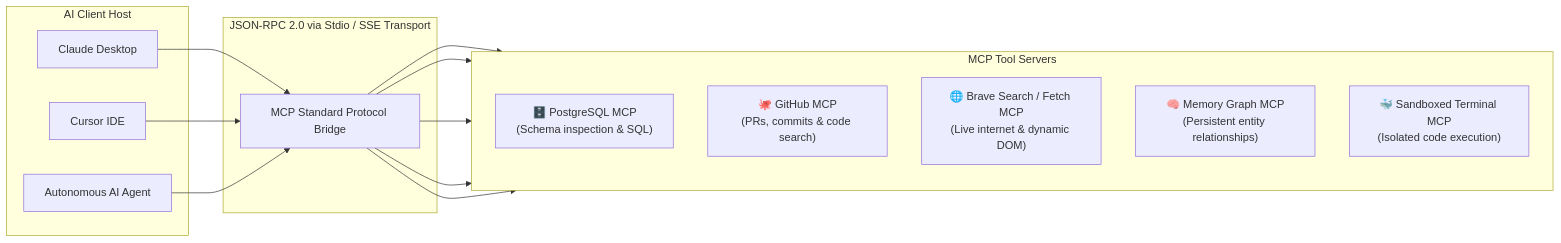
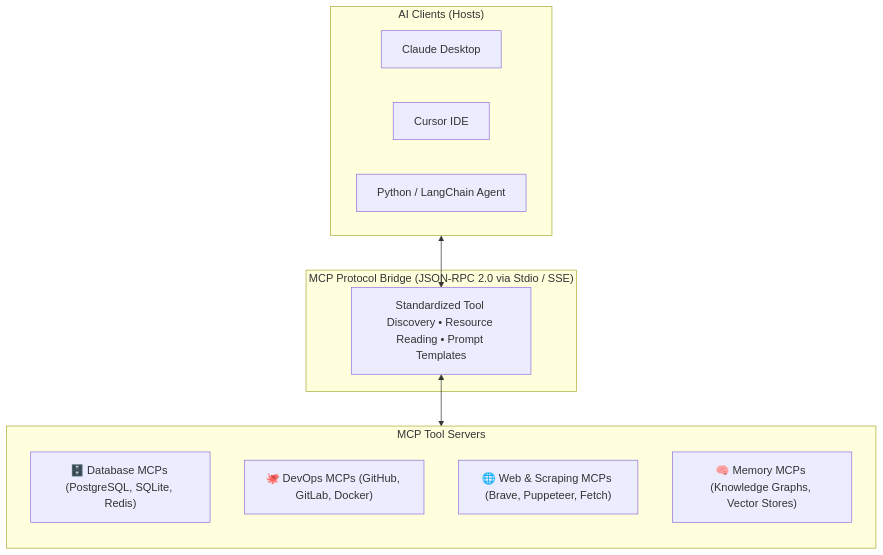
Before and after one commit to Gana-Y/Supercharged-MCP: the first of 2 diagrams in README.md, drawn with Mermaid. The commit also changed other lines of this file, not shown here.

Commit message:
docs: expand Supercharged-MCP with protocol internals, 25+ servers, dual SDK starters, and security sandboxes

````diff
--- a/README.md
+++ b/README.md
@@ -66,31 +72,23 @@
 ```mermaid
-flowchart LR
-    subgraph Host_Environment ["AI Client Host"]
-        ClaudeDesktop["Claude Desktop"]
-        CursorIDE["Cursor IDE"]
-        AgentRuntime["Autonomous AI Agent"]
+flowchart TD
+    subgraph Clients ["AI Clients (Hosts)"]
+        Claude["Claude Desktop"]
+        Cursor["Cursor IDE"]
+        CustomAgent["Python / LangChain Agent"]
     end
 
-    subgraph MCP_Protocol ["JSON-RPC 2.0 via Stdio / SSE Transport"]
-        ProtocolPipe["MCP Standard Protocol Bridge"]
+    subgraph Standard_Bridge ["MCP Protocol Bridge (JSON-RPC 2.0 via Stdio / SSE)"]
+        JSONRPC["Standardized Tool Discovery • Resource Reading • Prompt Templates"]
     end
 
-    subgraph Production_Servers ["MCP Tool Servers"]
+    subgraph Servers ["MCP Tool Servers"]
         direction TB
-        PostgresMCP["🗄️ PostgreSQL MCP\n(Schema inspection & SQL)"]
-        GitHubMCP["🐙 GitHub MCP\n(PRs, commits & code search)"]
-        WebMCP["🌐 Brave Search / Fetch MCP\n(Live internet & dynamic DOM)"]
-        MemoryMCP["🧠 Memory Graph MCP\n(Persistent entity relationships)"]
-        DockerMCP["🐳 Sandboxed Terminal MCP\n(Isolated code execution)"]
+        DBServer["🗄️ Database MCPs (PostgreSQL, SQLite, Redis)"]
+        GitServer["🐙 DevOps MCPs (GitHub, GitLab, Docker)"]
+        WebServer["🌐 Web & Scraping MCPs (Brave, Puppeteer, Fetch)"]
+        MemoryServer["🧠 Memory MCPs (Knowledge Graphs, Vector Stores)"]
     end
 
-    ClaudeDesktop --> ProtocolPipe
-    CursorIDE --> ProtocolPipe
-    AgentRuntime --> ProtocolPipe
-
-    ProtocolPipe --> PostgresMCP
-    ProtocolPipe --> GitHubMCP
-    ProtocolPipe --> WebMCP
-    ProtocolPipe --> MemoryMCP
-    ProtocolPipe --> DockerMCP
+    Clients <--> JSONRPC
+    JSONRPC <--> Servers
 ```
````
